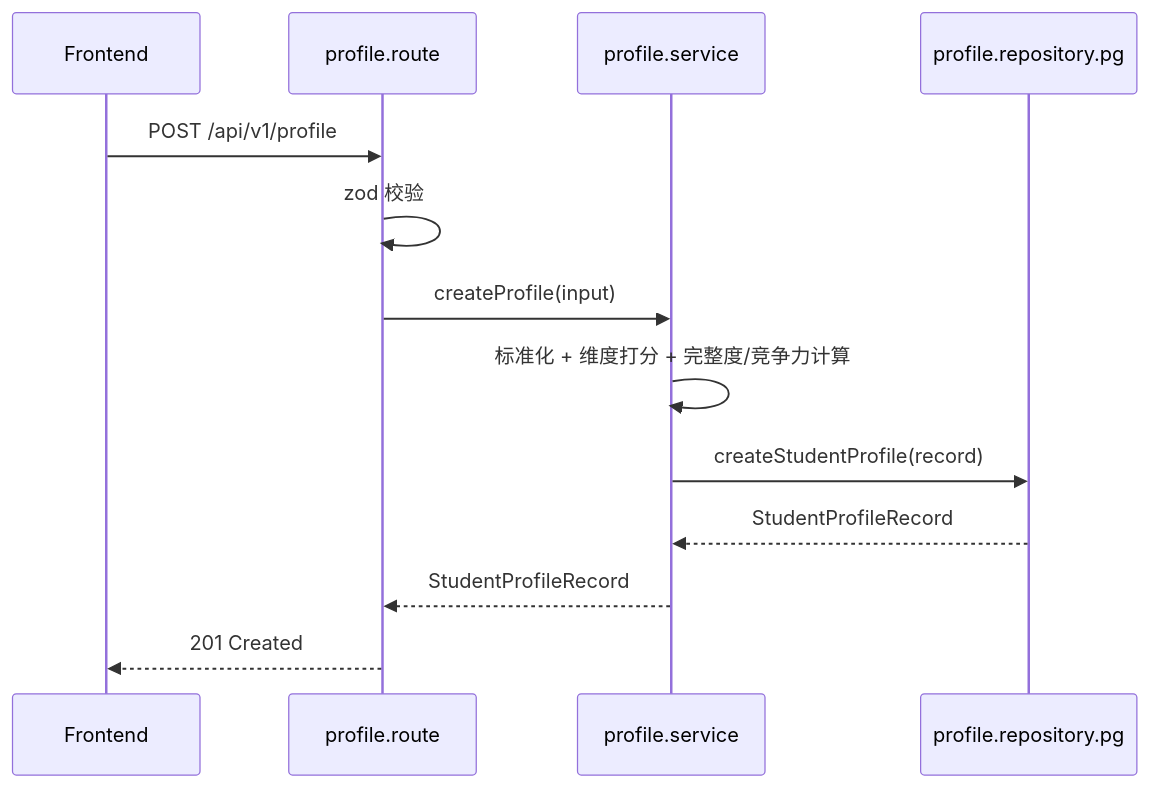
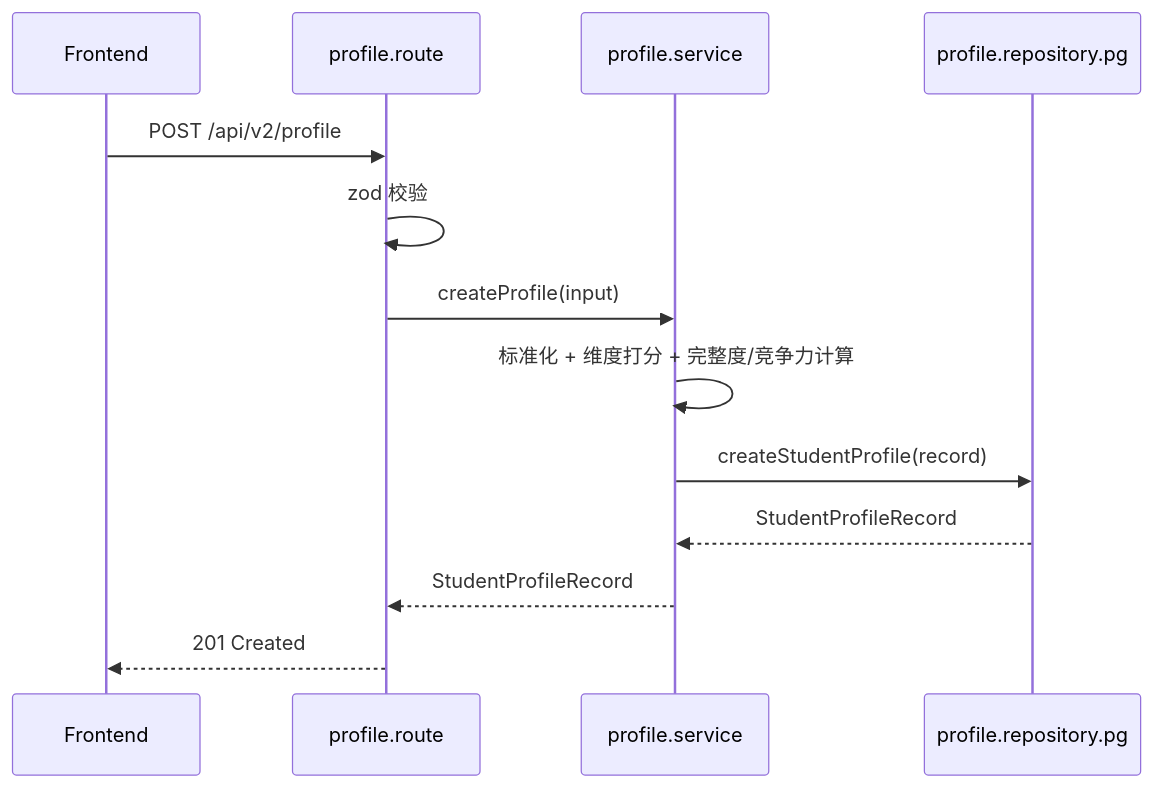
The third of 3 diagrams in docs/项目技术架构.md (youtao19/vision-meet), drawn with Mermaid before and after one commit. The commit also changed other lines of this file and 34 other files, not shown here.

````diff
--- a/docs/项目技术架构.md
+++ b/docs/项目技术架构.md
@@ -171,15 +171,15 @@
 ```mermaid
 sequenceDiagram
   participant FE as Frontend
   participant RT as profile.route
   participant SV as profile.service
   participant RP as profile.repository.pg
-  FE->>RT: POST /api/v1/profile
+  FE->>RT: POST /api/v2/profile
   RT->>RT: zod 校验
   RT->>SV: createProfile(input)
   SV->>SV: 标准化 + 维度打分 + 完整度/竞争力计算
   SV->>RP: createStudentProfile(record)
   RP-->>SV: StudentProfileRecord
   SV-->>RT: StudentProfileRecord
   RT-->>FE: 201 Created
 ```
````
